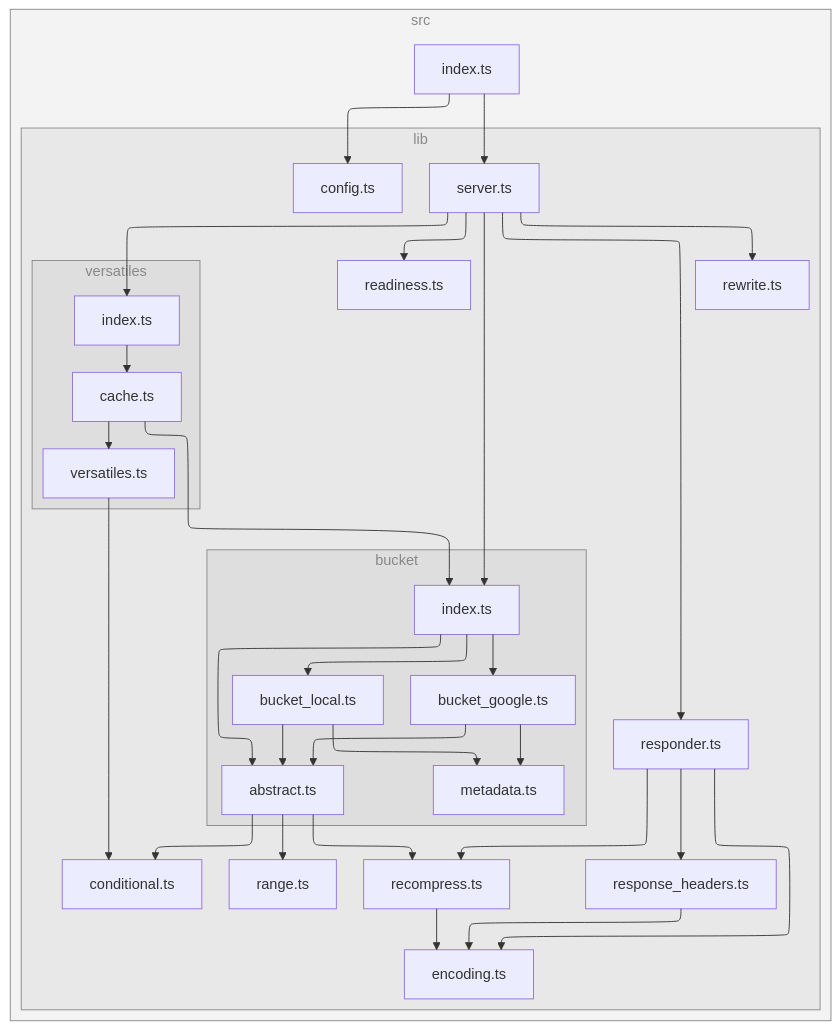
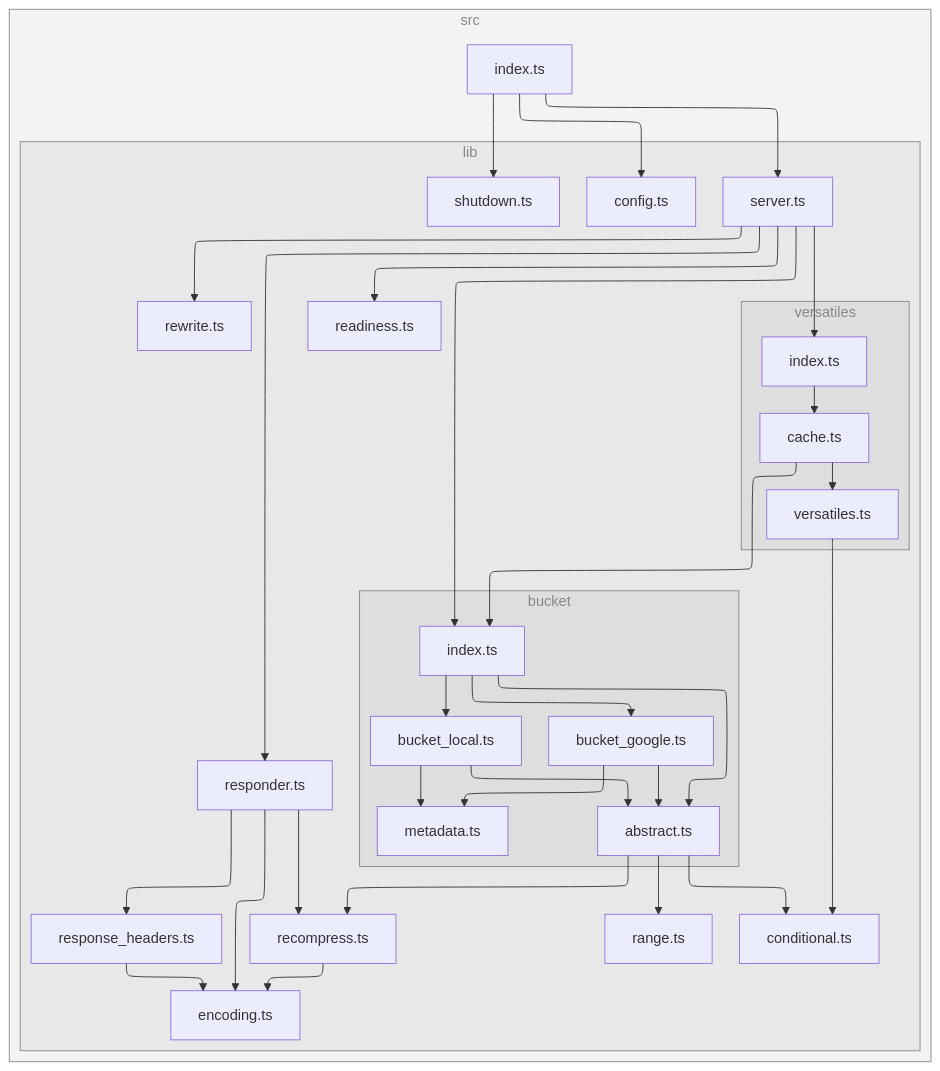
One commit to versatiles-org/node-versatiles-google-cloud changed the diagram in README.md. Above: the diagram before and after it, drawn with Mermaid. The commit also changed 3 other files, not shown here.

````diff
--- a/README.md
+++ b/README.md
@@ -425,64 +425,66 @@
 ```mermaid
 ---
 config:
   layout: elk
 ---
 flowchart TB
 
 subgraph 0["src"]
 1["index.ts"]
 subgraph 2["lib"]
 3["config.ts"]
 4["server.ts"]
 subgraph 5["bucket"]
 6["index.ts"]
 7["abstract.ts"]
 C["bucket_google.ts"]
 D["metadata.ts"]
 E["bucket_local.ts"]
 end
 8["conditional.ts"]
 9["range.ts"]
 A["recompress.ts"]
 B["encoding.ts"]
 F["readiness.ts"]
 G["responder.ts"]
 H["response_headers.ts"]
 I["rewrite.ts"]
 subgraph J["versatiles"]
 K["index.ts"]
 L["cache.ts"]
 M["versatiles.ts"]
 end
+N["shutdown.ts"]
 end
 end
 1-->3
 1-->4
+1-->N
 4-->6
 4-->F
 4-->G
 4-->I
 4-->K
 6-->7
 6-->C
 6-->E
 7-->8
 7-->9
 7-->A
 A-->B
 C-->7
 C-->D
 E-->7
 E-->D
 G-->B
 G-->A
 G-->H
 H-->B
 K-->L
 L-->6
 L-->M
 M-->8
 
 class 0,2,5,J subgraphs;
 classDef subgraphs fill-opacity:0.1, fill:#888, color:#888, stroke:#888;
 ```
````
